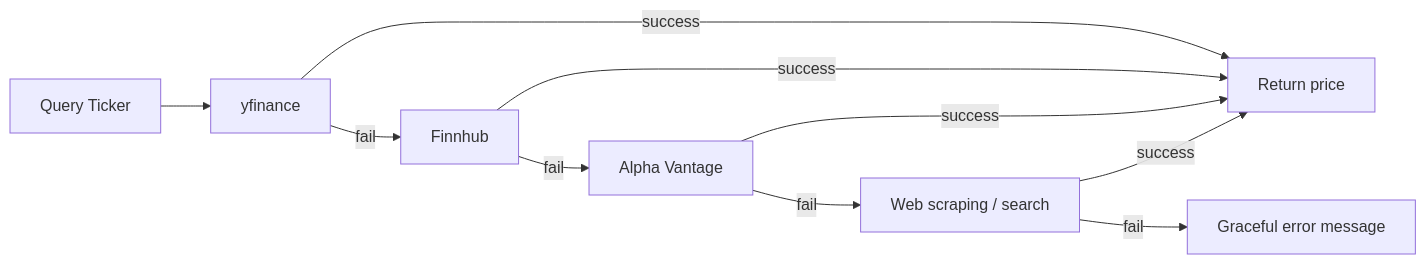
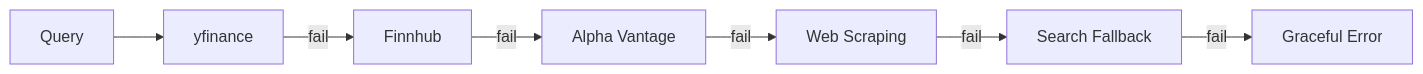
The third of 3 diagrams in readme.md (kkkano/FinSight), drawn with Mermaid before and after one commit. The commit also changed other lines of this file and 22 other files, not shown here.

````diff
--- a/readme.md
+++ b/readme.md
@@ -139,12 +166,9 @@
 ```mermaid
 graph LR
-    Q[Query Ticker] --> A[yfinance]
-    A -->|success| R[Return price]
+    Q[Query] --> A[yfinance]
     A -->|fail| B[Finnhub]
-    B -->|success| R
     B -->|fail| C[Alpha Vantage]
-    C -->|success| R
-    C -->|fail| D[Web scraping / search]
-    D -->|success| R
-    D -->|fail| E[Graceful error message]
+    C -->|fail| D[Web Scraping]
+    D -->|fail| E[Search Fallback]
+    E -->|fail| F[Graceful Error]
 ```
````
